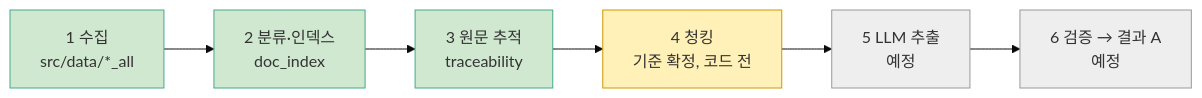
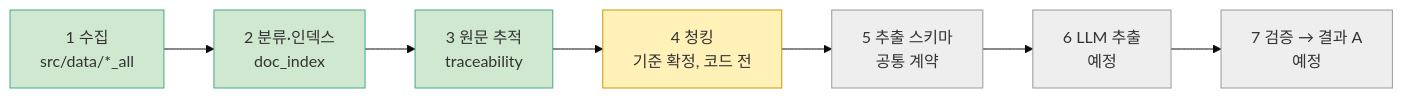
The first of 2 diagrams in src/card_benefit/payment_card/file_pipeline/README.md (encore-ai-campus/mle-02-p2-team3), drawn with Mermaid (base theme) before and after one commit. The commit also changed other lines of this file and 2 other files, not shown here.

````diff
--- a/src/card_benefit/payment_card/file_pipeline/README.md
+++ b/src/card_benefit/payment_card/file_pipeline/README.md
@@ -15,14 +16,15 @@
 ```mermaid
 flowchart LR
     A[1 수집<br/>src/data/*_all] --> B[2 분류·인덱스<br/>doc_index]
     B --> C[3 원문 추적<br/>traceability]
     C --> D[4 청킹<br/>기준 확정, 코드 전]
-    D --> E[5 LLM 추출<br/>예정]
-    E --> F[6 검증 → 결과 A<br/>예정]
+    D --> O[5 추출 스키마<br/>공통 계약]
+    O --> E[6 LLM 추출<br/>예정]
+    E --> F[7 검증 → 결과 A<br/>예정]
     classDef done fill:#cfe8cf,stroke:#4a8
     classDef doing fill:#fff1b8,stroke:#c90
     classDef todo fill:#eee,stroke:#999
     class A,B,C done
     class D doing
-    class E,F todo
+    class O,E,F todo
 ```
````
